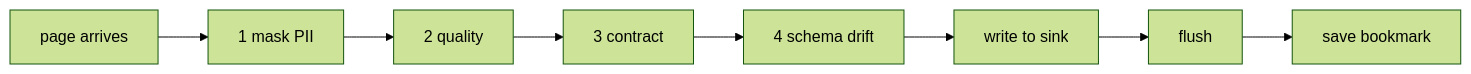
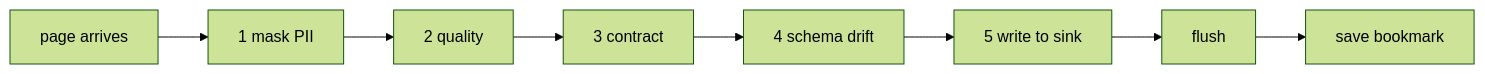
Before and after one commit to PawanSikawat/faucet-stream: the fifth of 5 diagrams in docs/architecture/learn.md, drawn with Mermaid (forest theme). The commit also changed other lines of this file and 1 other file, not shown here.

````diff
--- a/docs/architecture/learn.md
+++ b/docs/architecture/learn.md
@@ -229,4 +302,4 @@
 ```mermaid
 flowchart LR
-    PAGE[page arrives] --> MASK[1 mask PII] --> Q[2 quality] --> C[3 contract] --> D[4 schema drift] --> WRITE[write to sink] --> FLUSH[flush] --> CK[save bookmark]
+    PAGE[page arrives] --> MASK[1 mask PII] --> Q[2 quality] --> C[3 contract] --> D[4 schema drift] --> WRITE[5 write to sink] --> FLUSH[flush] --> CK[save bookmark]
 ```
````
